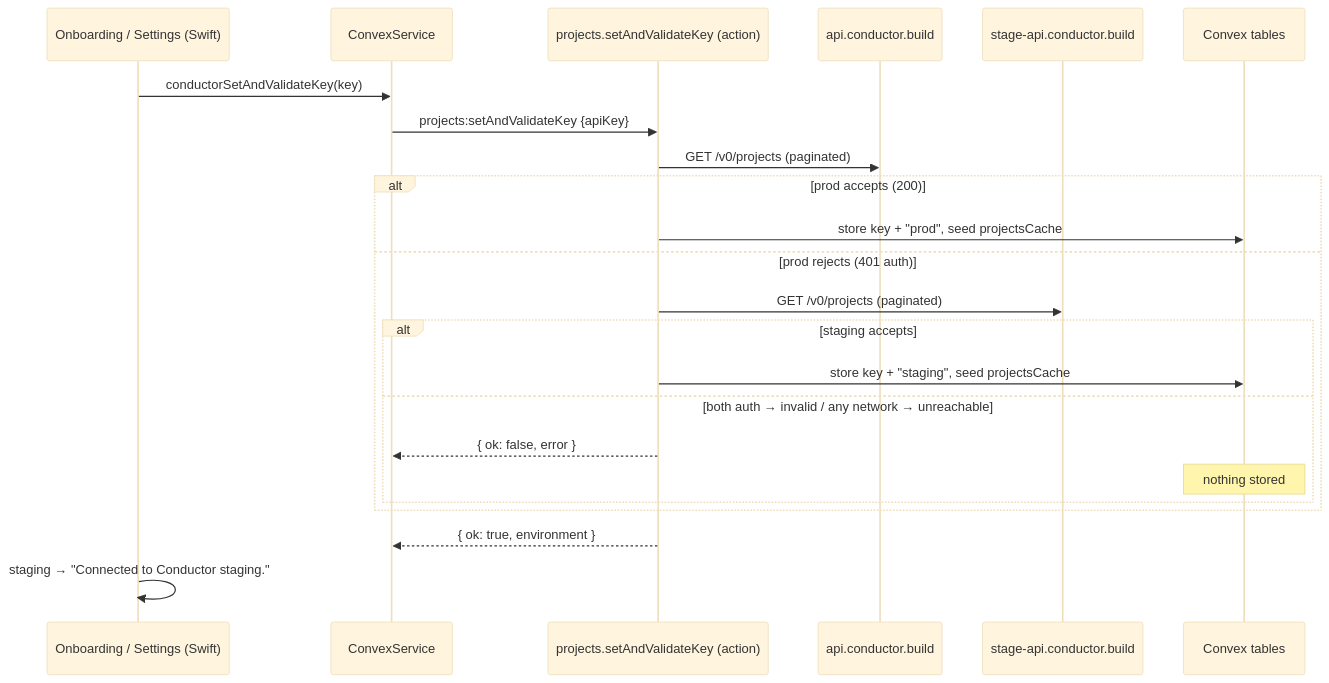
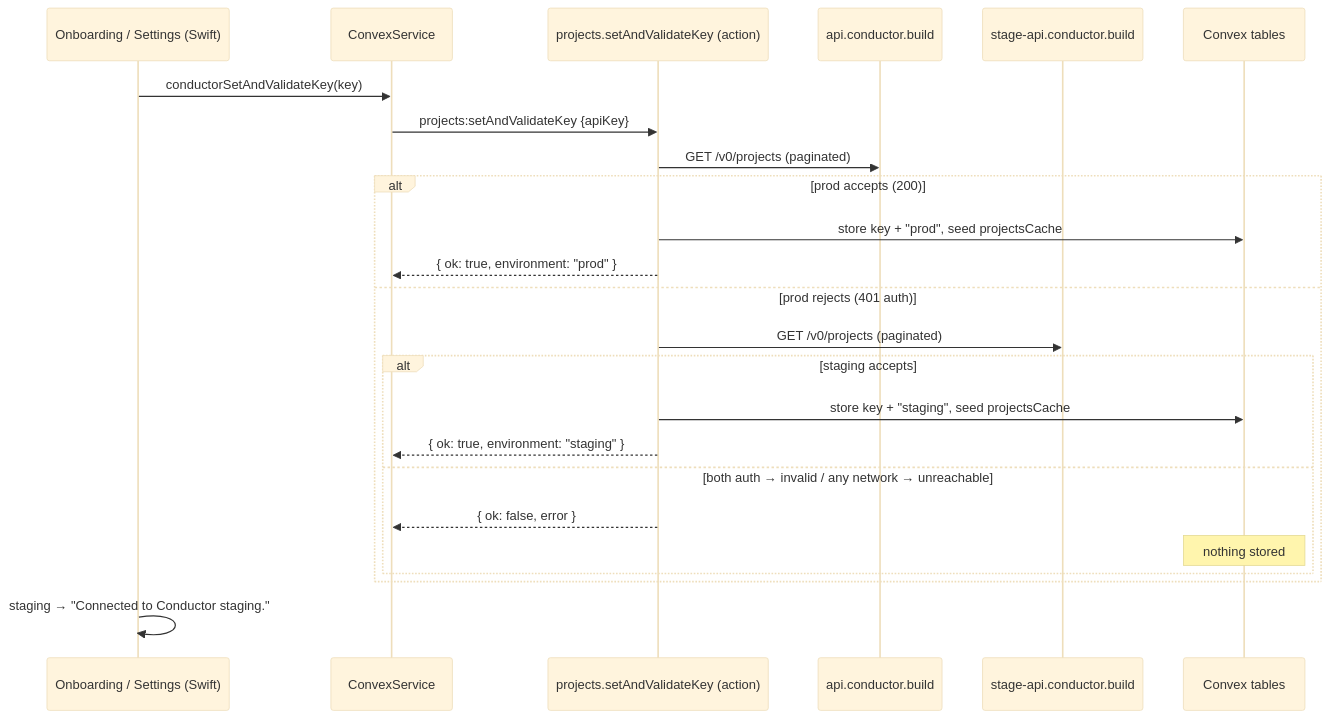
The diagram in docs/plans/2026-07-28-002-feat-conductor-staging-keys-plan.md (nabeelhyatt/whistle), drawn with Mermaid (base theme) before and after one commit. The commit also changed 3 other files, not shown here.

````diff
--- a/docs/plans/2026-07-28-002-feat-conductor-staging-keys-plan.md
+++ b/docs/plans/2026-07-28-002-feat-conductor-staging-keys-plan.md
@@ -77,26 +77,27 @@
 ```mermaid
 sequenceDiagram
     participant UI as Onboarding / Settings (Swift)
     participant CS as ConvexService
     participant A as projects.setAndValidateKey (action)
     participant P as api.conductor.build
     participant S as stage-api.conductor.build
     participant DB as Convex tables
 
     UI->>CS: conductorSetAndValidateKey(key)
     CS->>A: projects:setAndValidateKey {apiKey}
     A->>P: GET /v0/projects (paginated)
     alt prod accepts (200)
         A->>DB: store key + "prod", seed projectsCache
+        A-->>CS: { ok: true, environment: "prod" }
     else prod rejects (401 auth)
         A->>S: GET /v0/projects (paginated)
         alt staging accepts
             A->>DB: store key + "staging", seed projectsCache
+            A-->>CS: { ok: true, environment: "staging" }
         else both auth → invalid / any network → unreachable
             A-->>CS: { ok: false, error }
             Note over DB: nothing stored
         end
     end
-    A-->>CS: { ok: true, environment }
     UI->>UI: staging → "Connected to Conductor staging."
 ```
````
